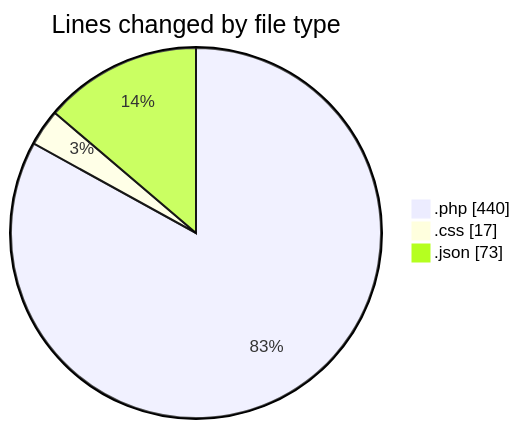
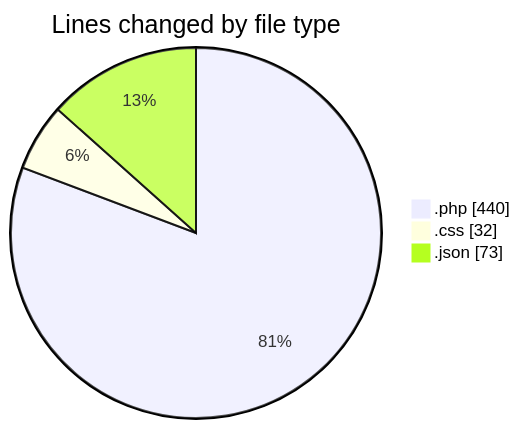
One commit to momahboobian/code-tracking changed the first of 2 diagrams in 2026-03-20/newspaper-child/README.md. Above: the diagram before and after it, drawn with Mermaid. The commit also changed other lines of this file and 1 other file, not shown here.

````diff
--- a/2026-03-20/newspaper-child/README.md
+++ b/2026-03-20/newspaper-child/README.md
@@ -30,7 +30,7 @@
 ```mermaid
 pie showData
 title Lines changed by file type
 ".php" : 440
-".css" : 17
+".css" : 32
 ".json" : 73
 ```
````
